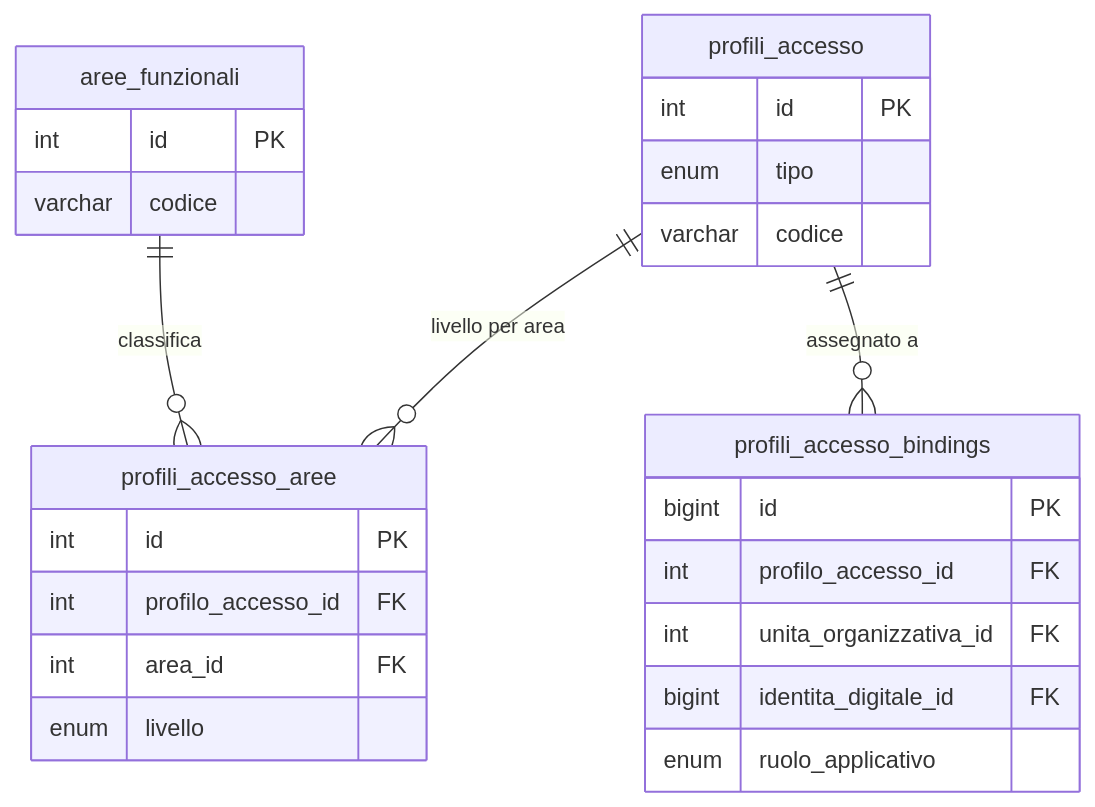
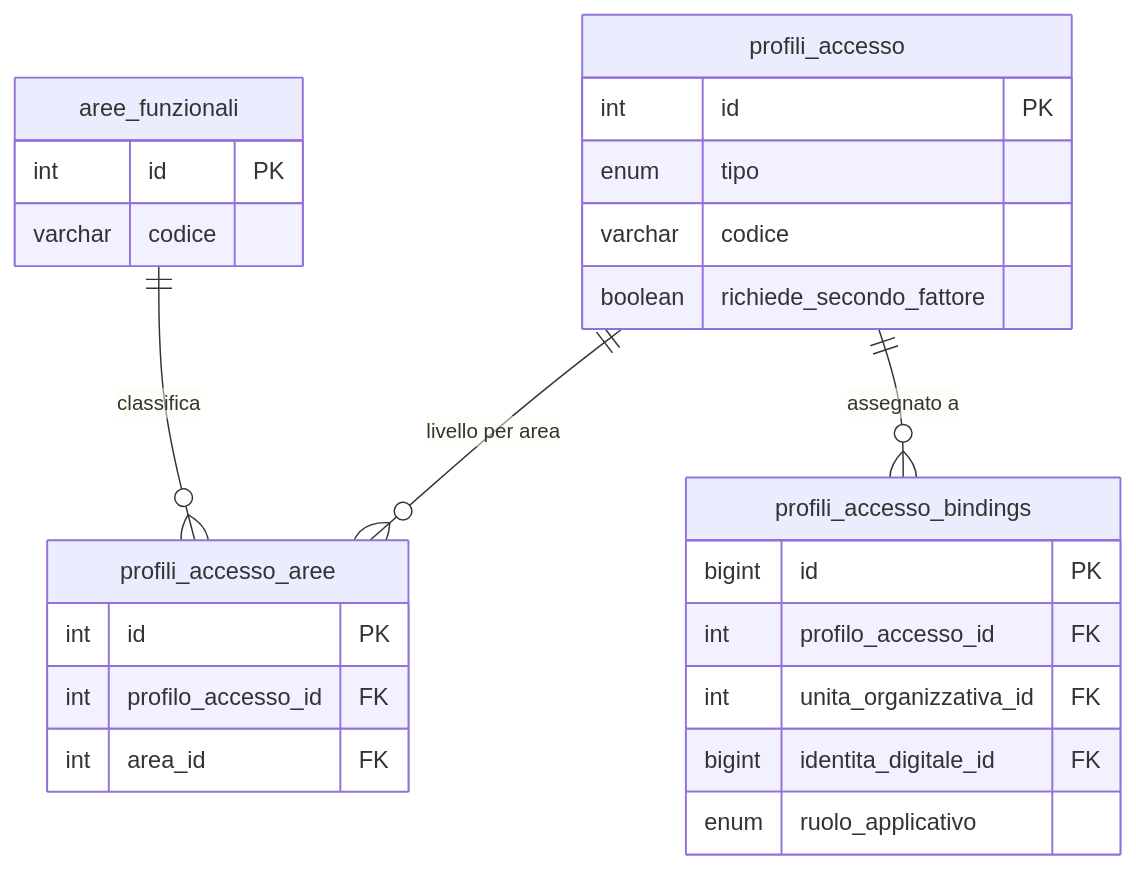
Before and after one commit to Tito-it/ZeroErp: the second of 3 diagrams in docs/it/guide/architettura-multi-face-auth.md, drawn with Mermaid. The commit also changed other lines of this file and 83 other files, not shown here.

````diff
--- a/docs/it/guide/architettura-multi-face-auth.md
+++ b/docs/it/guide/architettura-multi-face-auth.md
@@ -781,32 +524,29 @@
 ```mermaid
 erDiagram
     profili_accesso {
         int id PK
         enum tipo
         varchar codice
+        boolean richiede_secondo_fattore
     }
-
     profili_accesso_aree {
         int id PK
         int profilo_accesso_id FK
         int area_id FK
-        enum livello
     }
-
     profili_accesso_bindings {
         bigint id PK
         int profilo_accesso_id FK
         int unita_organizzativa_id FK
         bigint identita_digitale_id FK
         enum ruolo_applicativo
     }
-
     aree_funzionali {
         int id PK
         varchar codice
     }
 
     profili_accesso ||--o{ profili_accesso_aree : "livello per area"
     aree_funzionali ||--o{ profili_accesso_aree : "classifica"
     profili_accesso ||--o{ profili_accesso_bindings : "assegnato a"
 ```
````
